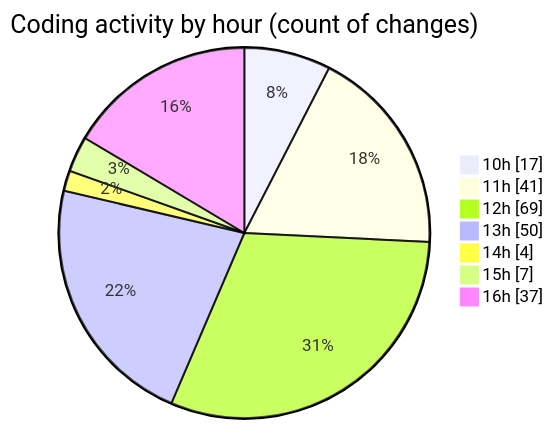
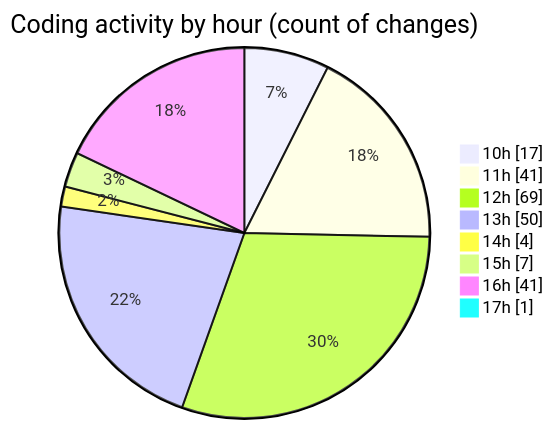
Before and after one commit to momahboobian/code-tracking: the second of 2 diagrams in 2025-10-06/cda/README.md, drawn with Mermaid. The commit also changed other lines of this file and 1 other file, not shown here.

````diff
--- a/2025-10-06/cda/README.md
+++ b/2025-10-06/cda/README.md
@@ -33,11 +35,12 @@
 ```mermaid
 pie showData
 title Coding activity by hour (count of changes)
 "10h" : 17
 "11h" : 41
 "12h" : 69
 "13h" : 50
 "14h" : 4
 "15h" : 7
-"16h" : 37
+"16h" : 41
+"17h" : 1
 ```
````
